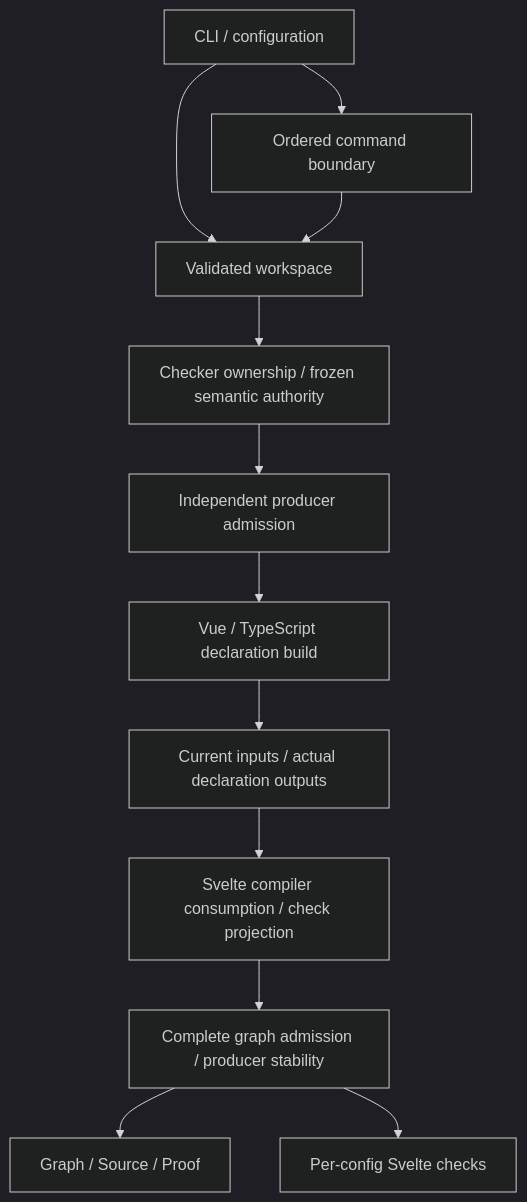
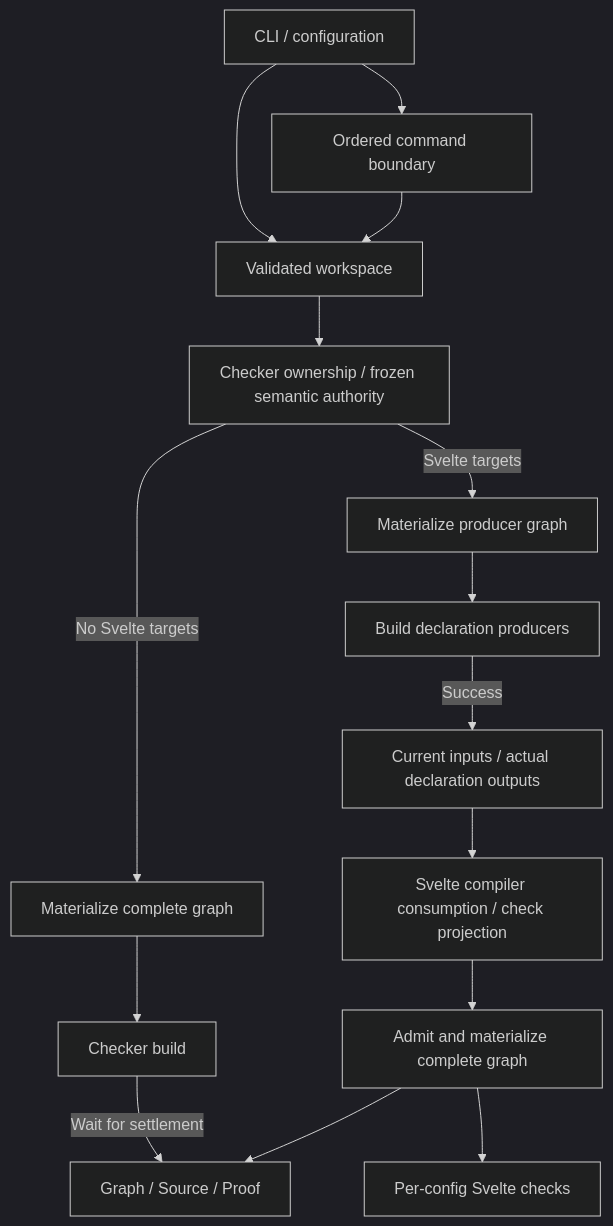
Before and after one commit to senaoxi/limina: the diagram in .agents/docs/system-model.md, drawn with Mermaid (dark theme). The commit also changed other lines of this file and 21 other files, not shown here.

````diff
--- a/.agents/docs/system-model.md
+++ b/.agents/docs/system-model.md
@@ -111,14 +111,17 @@
 ```mermaid
 flowchart TB
   CLI["CLI / configuration"] --> Workspace["Validated workspace"]
   Workspace --> Ownership["Checker ownership / frozen semantic authority"]
-  Ownership --> Producers["Independent producer admission"]
-  Producers --> Build["Vue / TypeScript declaration build"]
-  Build --> Receipt["Current inputs / actual declaration outputs"]
+  Ownership -->|"No Svelte targets"| Complete["Materialize complete graph"]
+  Complete --> Build["Checker build"]
+  Build -->|"Wait for settlement"| Checks["Graph / Source / Proof"]
+  Ownership -->|"Svelte targets"| Producers["Materialize producer graph"]
+  Producers --> ProducerBuild["Build declaration producers"]
+  ProducerBuild -->|"Success"| Receipt["Current inputs / actual declaration outputs"]
   Receipt --> Resolution["Svelte compiler consumption / check projection"]
-  Resolution --> Final["Complete graph admission / producer stability"]
-  Final --> Checks["Graph / Source / Proof"]
+  Resolution --> Final["Admit and materialize complete graph"]
+  Final --> Checks
   Final --> Svelte["Per-config Svelte checks"]
   CLI --> Command["Ordered command boundary"]
   Command --> Workspace
 ```
````
